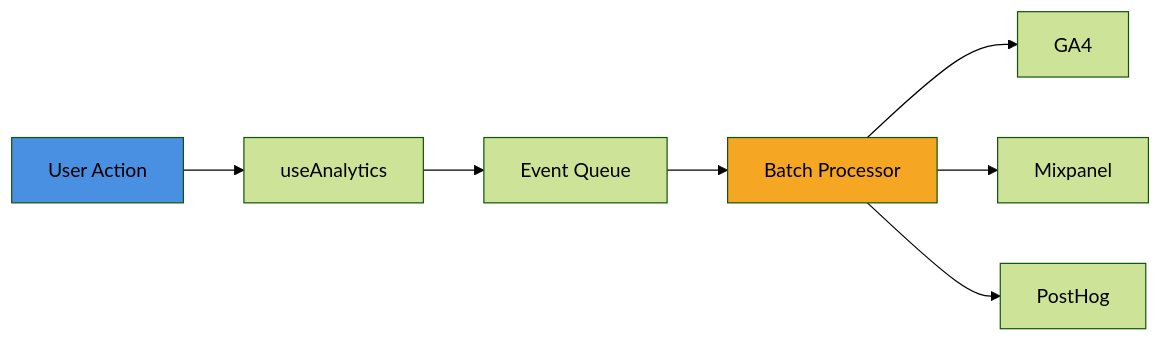
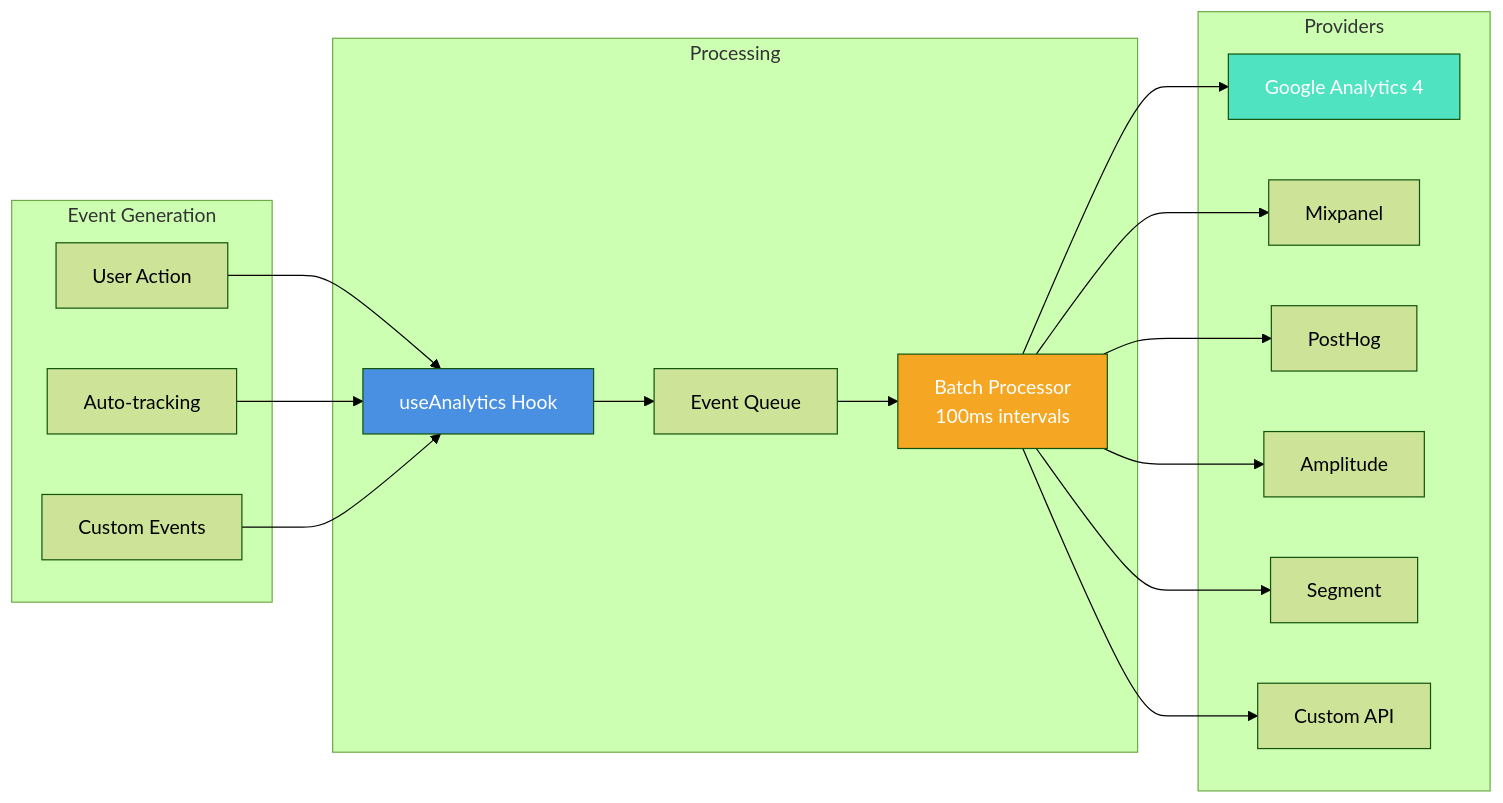
The ninth of 19 diagrams in docs/architecture/overview.md (christireid/Clarity-ai-chat-components), drawn with Mermaid (forest theme) before and after one commit. The commit also changed other lines of this file and 12 other files, not shown here.

First line of the commit message:
docs: enhance all documentation with 138 comprehensive diagrams

````diff
--- a/docs/architecture/overview.md
+++ b/docs/architecture/overview.md
@@ -322,12 +476,41 @@
 ```mermaid
 graph LR
-    ACTION[User Action] --> HOOK[useAnalytics]
-    HOOK --> QUEUE[Event Queue]
-    QUEUE --> BATCH[Batch Processor]
-    BATCH --> PROVIDER1[GA4]
-    BATCH --> PROVIDER2[Mixpanel]
-    BATCH --> PROVIDER3[PostHog]
+    subgraph "Event Generation"
+        USER[User Action]
+        AUTO[Auto-tracking]
+        CUSTOM[Custom Events]
+    end
+    
+    subgraph "Processing"
+        HOOK[useAnalytics Hook]
+        QUEUE[Event Queue]
+        BATCH[Batch Processor<br/>100ms intervals]
+    end
+    
+    subgraph "Providers"
+        GA4[Google Analytics 4]
+        MIX[Mixpanel]
+        POST[PostHog]
+        AMP[Amplitude]
+        SEG[Segment]
+        API[Custom API]
+    end
+    
+    USER --> HOOK
+    AUTO --> HOOK
+    CUSTOM --> HOOK
+    
+    HOOK --> QUEUE
+    QUEUE --> BATCH
+    
+    BATCH --> GA4
+    BATCH --> MIX
+    BATCH --> POST
+    BATCH --> AMP
+    BATCH --> SEG
+    BATCH --> API
 
-    style ACTION fill:#4A90E2
-    style BATCH fill:#F5A623
+    style HOOK fill:#4A90E2,color:#fff
+    style BATCH fill:#F5A623,color:#fff
+    style GA4 fill:#50E3C2,color:#fff
 ```
````
